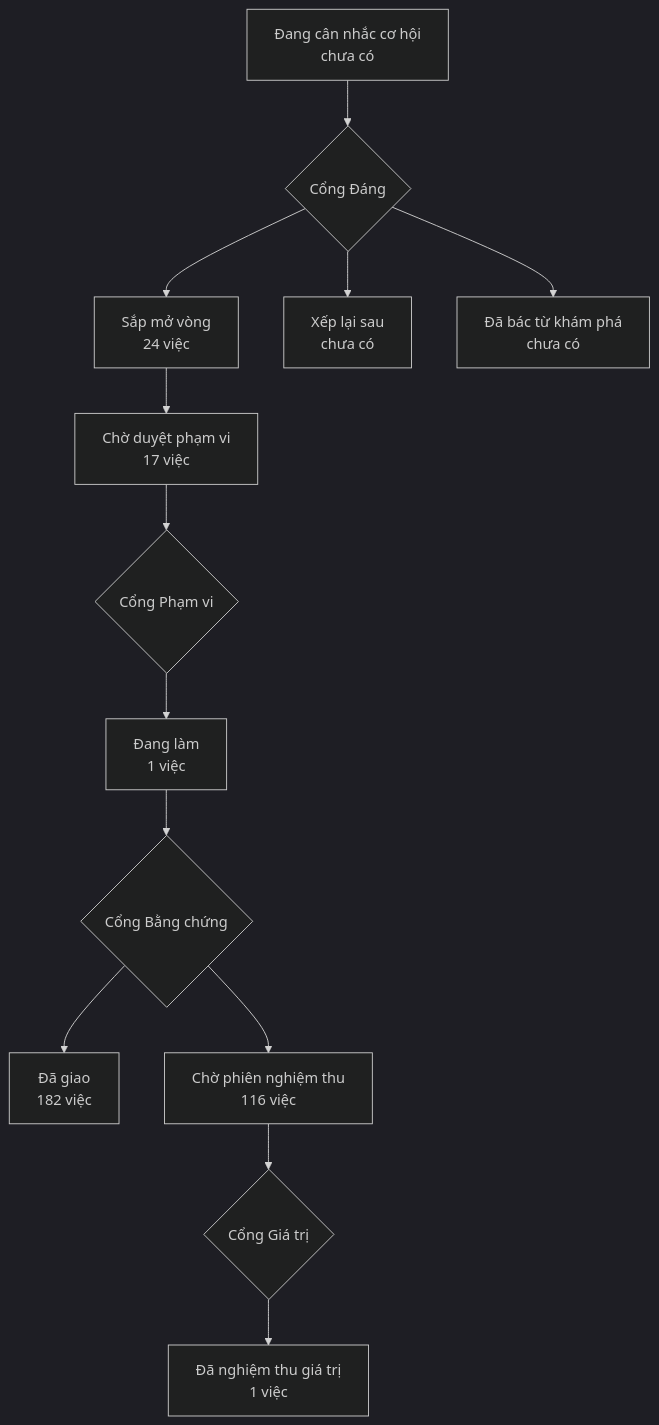
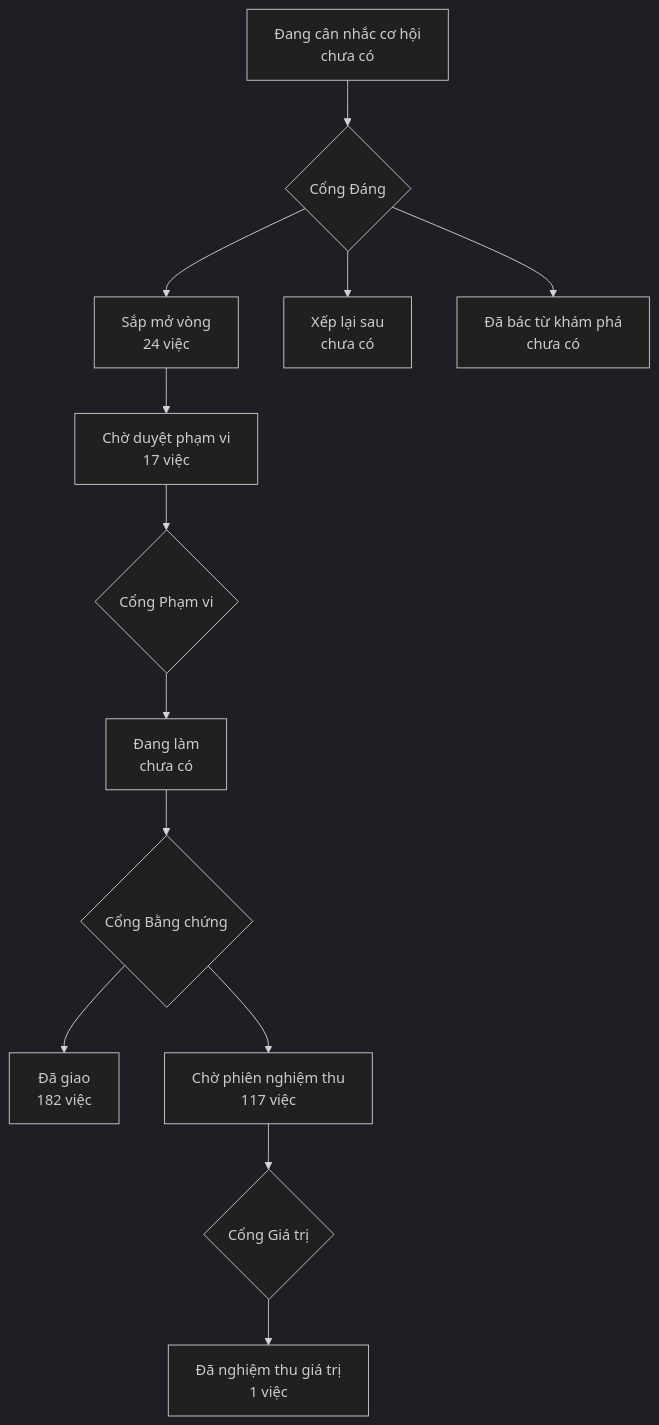
One commit to phanlemanh/onehub-invest changed the diagram in PRODUCT-MAP.md. Above: the diagram before and after it, drawn with Mermaid (dark theme). The commit also changed other lines of this file and 4 other files, not shown here.

````diff
--- a/PRODUCT-MAP.md
+++ b/PRODUCT-MAP.md
@@ -7,12 +7,12 @@
 ```mermaid
 flowchart TD
   A["Đang cân nhắc cơ hội<br/>chưa có"] --> GD{"Cổng Đáng"}
   GD --> B["Sắp mở vòng<br/>24 việc"]
   GD --> XL["Xếp lại sau<br/>chưa có"]
   GD --> DB["Đã bác từ khám phá<br/>chưa có"]
   B --> CD["Chờ duyệt phạm vi<br/>17 việc"] --> GP{"Cổng Phạm vi"}
-  GP --> DL["Đang làm<br/>1 việc"] --> GB{"Cổng Bằng chứng"}
+  GP --> DL["Đang làm<br/>chưa có"] --> GB{"Cổng Bằng chứng"}
   GB --> DG["Đã giao<br/>182 việc"]
-  GB --> CN["Chờ phiên nghiệm thu<br/>116 việc"] --> GG{"Cổng Giá trị"}
+  GB --> CN["Chờ phiên nghiệm thu<br/>117 việc"] --> GG{"Cổng Giá trị"}
   GG --> NT["Đã nghiệm thu giá trị<br/>1 việc"]
 ```
````
